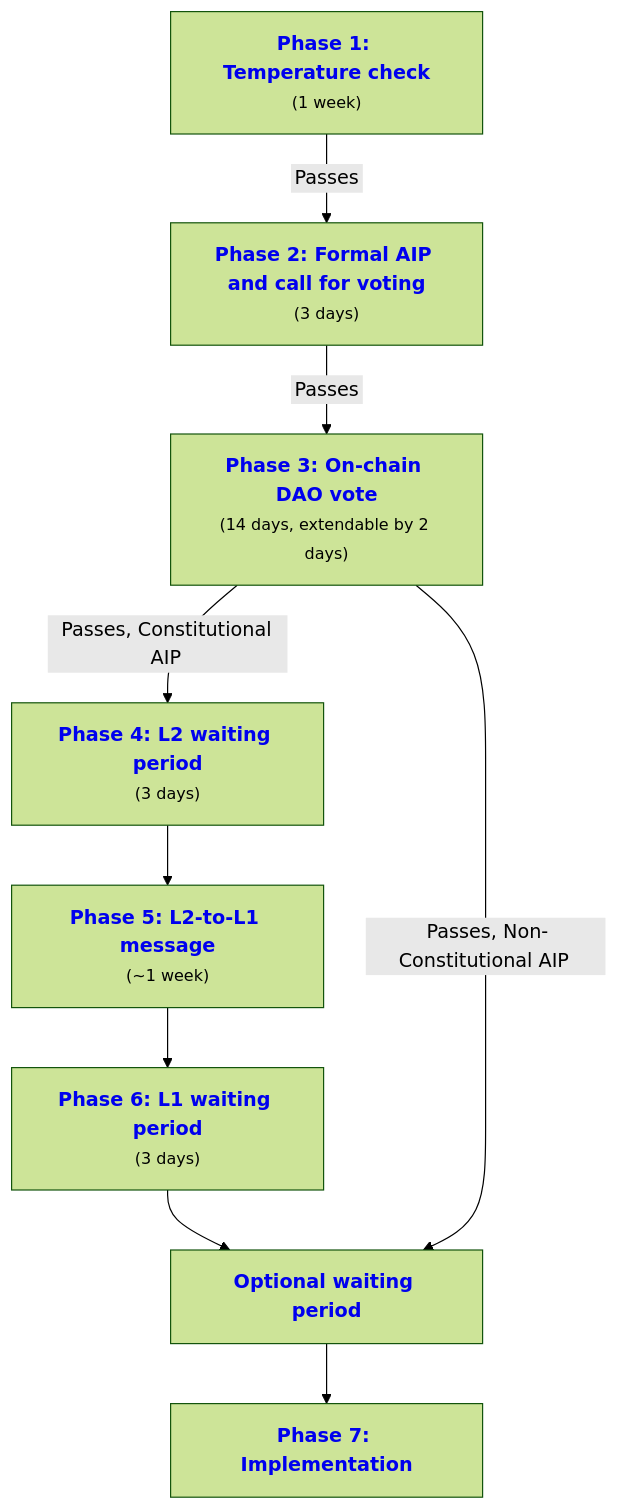
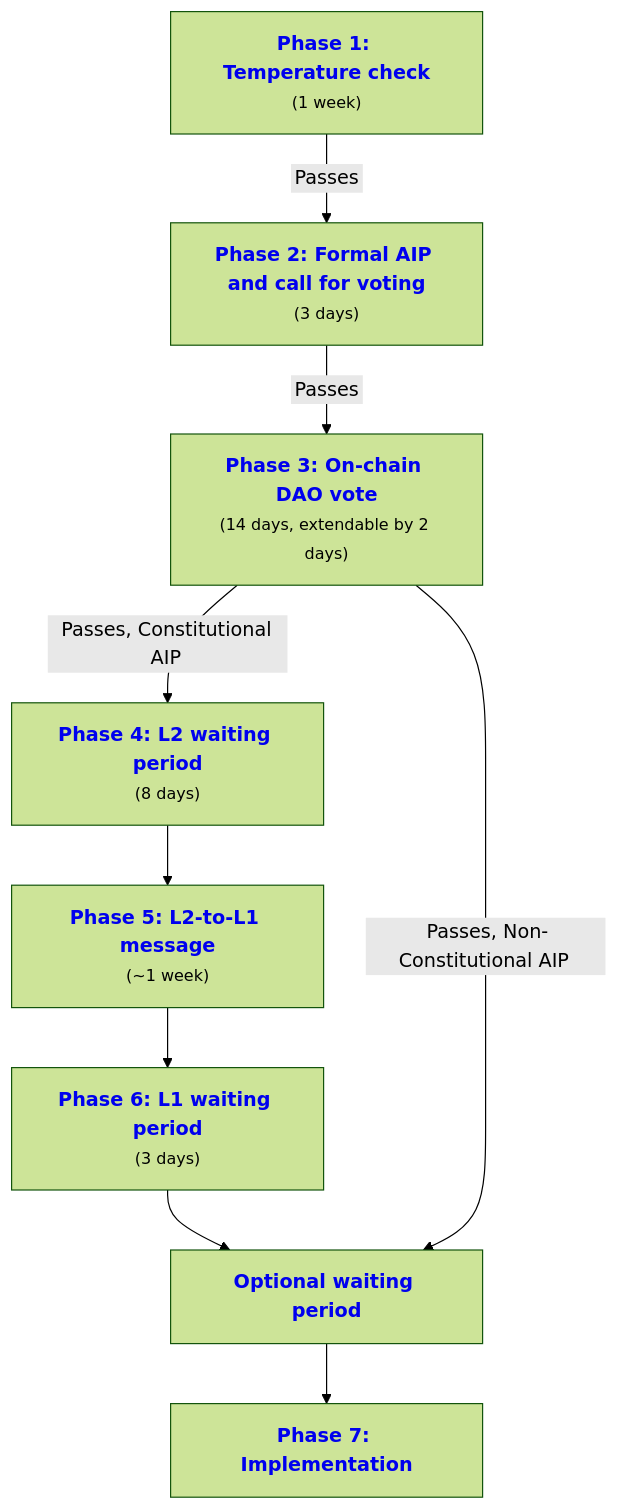
The diagram in docs/concepts/lifecycle-anatomy-aip-proposal.md (ArbitrumFoundation/docs), drawn with Mermaid (forest theme) before and after one commit. The commit also changed other lines of this file and 2 other files, not shown here.

````diff
--- a/docs/concepts/lifecycle-anatomy-aip-proposal.md
+++ b/docs/concepts/lifecycle-anatomy-aip-proposal.md
@@ -47,12 +47,12 @@
 ```mermaid
 graph TD;
   B["<a href='#phase-1-temperature-check-optional-but-recommended' style='text-decoration:none;'><b>Phase 1: Temperature check</b></a><br/><span style='font-size:smaller'>(1 week)</span>"];
   B -->|"<span style='padding: 3px;'>Passes</span>"| C["<a href='#phase-2-formal-aip-and-call-for-voting' style='text-decoration:none;'><b>Phase 2: Formal AIP and call for voting</b></a><br/><span style='font-size:smaller'>(3 days)</span>"];
   C -->|"<span style='padding: 3px;'>Passes</span>"| D["<a href='#phase-3-on-chain-dao-vote' style='text-decoration:none;'><b>Phase 3: On-chain DAO vote</b></a><br/><span style='font-size:smaller'>(14 days, extendable by 2 days)</span>"];
-  D -->|"<span style='padding: 3px;'>Passes, Constitutional AIP</span>"| E["<a href='#phase-4-l2-waiting-period' style='text-decoration:none;'><b>Phase 4: L2 waiting period</b></a><br/><span style='font-size:smaller'>(3 days)</span>"];
+  D -->|"<span style='padding: 3px;'>Passes, Constitutional AIP</span>"| E["<a href='#phase-4-l2-waiting-period' style='text-decoration:none;'><b>Phase 4: L2 waiting period</b></a><br/><span style='font-size:smaller'>(8 days)</span>"];
   E --> F["<a href='#phase-5-l2-to-l1-message' style='text-decoration:none;'><b>Phase 5: L2-to-L1 message</b></a><br/><span style='font-size:smaller'>(~1 week)</span>"];
   F --> G["<a href='#phase-6-l1-waiting-period' style='text-decoration:none;'><b>Phase 6: L1 waiting period</b></a><br/><span style='font-size:smaller'>(3 days)</span>"];
   G --> H["<a href='#additional-waiting-periods-optional' style='text-decoration:none;'><b>Optional waiting period</b></a>"];
   D -->|"<span style='padding: 3px;'>Passes, Non-Constitutional AIP</span>"| H["<a href='#additional-waiting-periods-optional' style='text-decoration:none;'><b>Optional waiting period</b></a>"];
   H --> I["<a href='#phase-7-implementation' style='text-decoration:none;'><b>Phase 7: Implementation</b></a>"];
 ```
````
